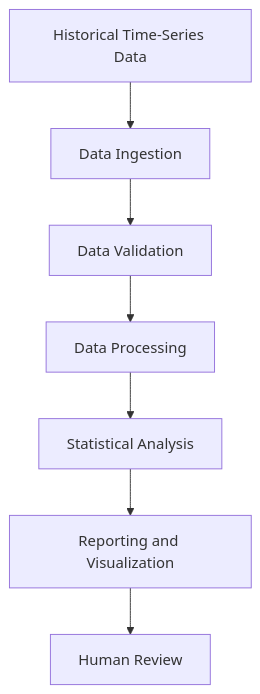
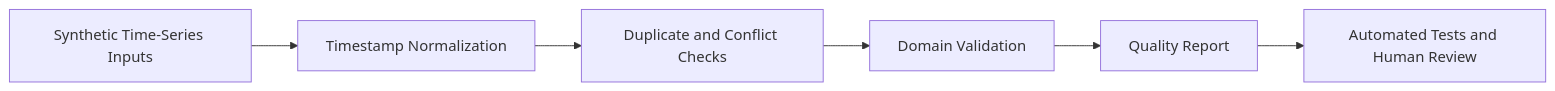
One commit to TheMan10101/quantedge-engineering-showcase changed the diagram in README.md. Above: the diagram before and after it, drawn with Mermaid. The commit also changed other lines of this file and 7 other files, not shown here.

````diff
--- a/README.md
+++ b/README.md
@@ -74,9 +75,8 @@
 ```mermaid
-flowchart TD
-    A[Historical Time-Series Data] --> B[Data Ingestion]
-    B --> C[Data Validation]
-    C --> D[Data Processing]
-    D --> E[Statistical Analysis]
-    E --> F[Reporting and Visualization]
-    F --> G[Human Review]
+flowchart LR
+    A[Synthetic Time-Series Inputs] --> B[Timestamp Normalization]
+    B --> C[Duplicate and Conflict Checks]
+    C --> D[Domain Validation]
+    D --> E[Quality Report]
+    E --> F[Automated Tests and Human Review]
 ```
````
